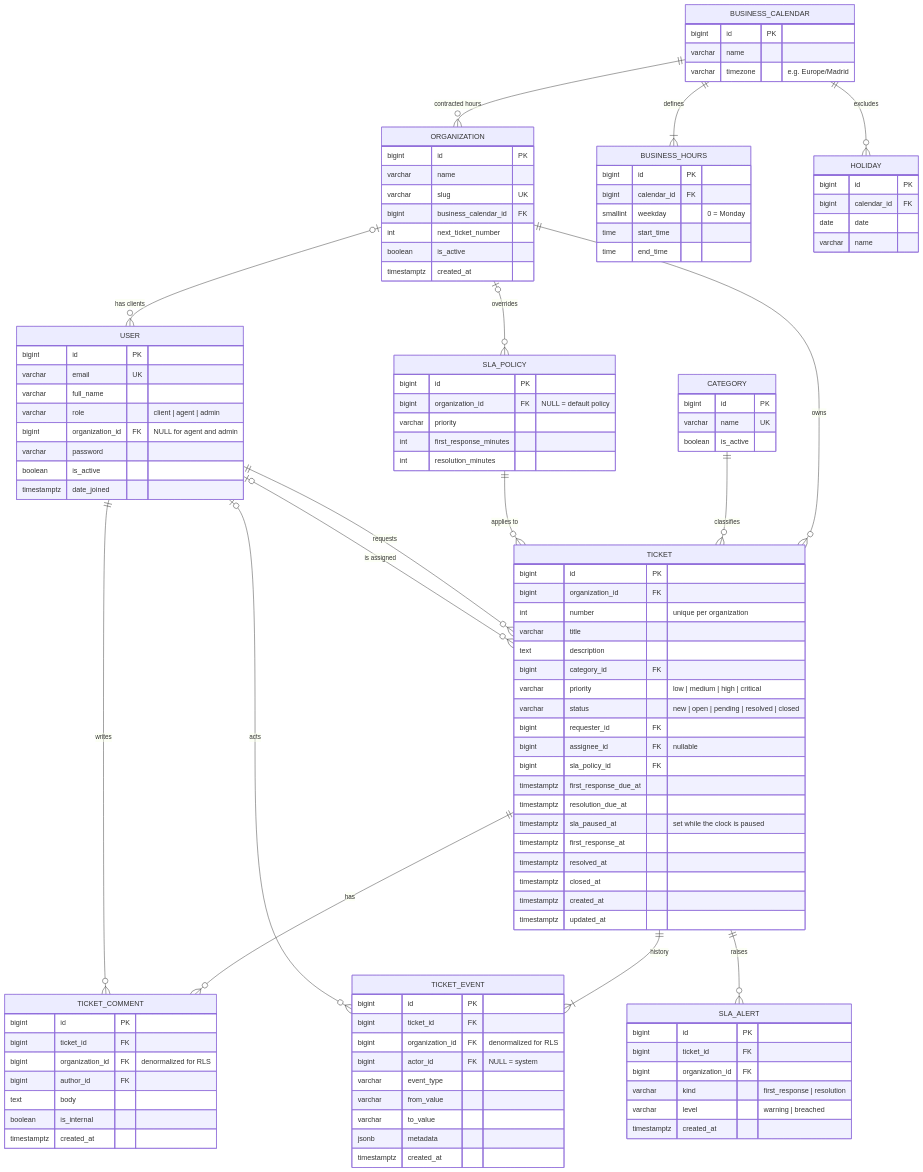
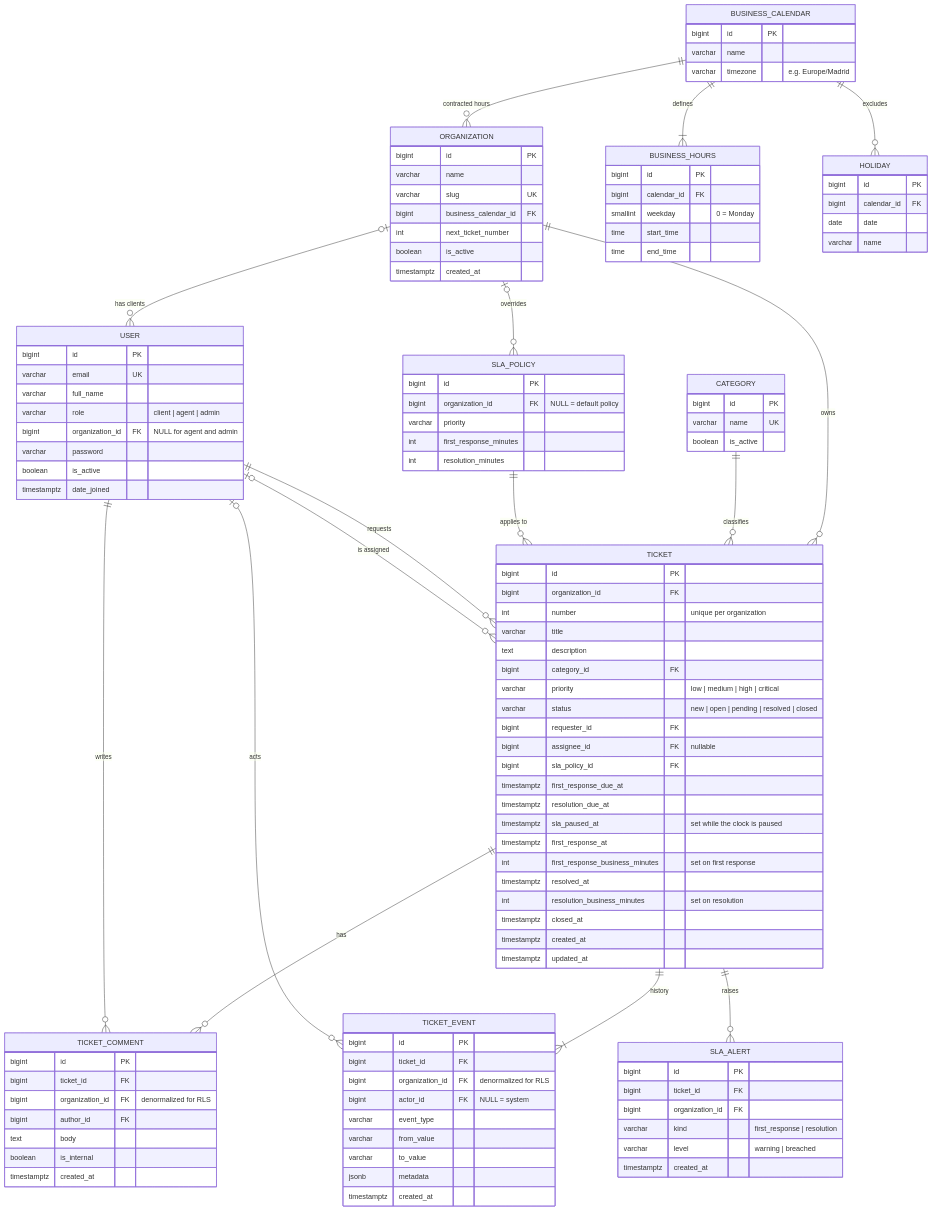
One commit to maarino02/helpdesk-sla changed the diagram in docs/data-model.md. Above: the diagram before and after it, drawn with Mermaid. The commit also changed other lines of this file and 1 other file, not shown here.

```diff
--- a/docs/data-model.md
+++ b/docs/data-model.md
@@ -88,7 +88,9 @@
         timestamptz resolution_due_at
         timestamptz sla_paused_at "set while the clock is paused"
         timestamptz first_response_at
+        int first_response_business_minutes "set on first response"
         timestamptz resolved_at
+        int resolution_business_minutes "set on resolution"
         timestamptz closed_at
         timestamptz created_at
         timestamptz updated_at
```
